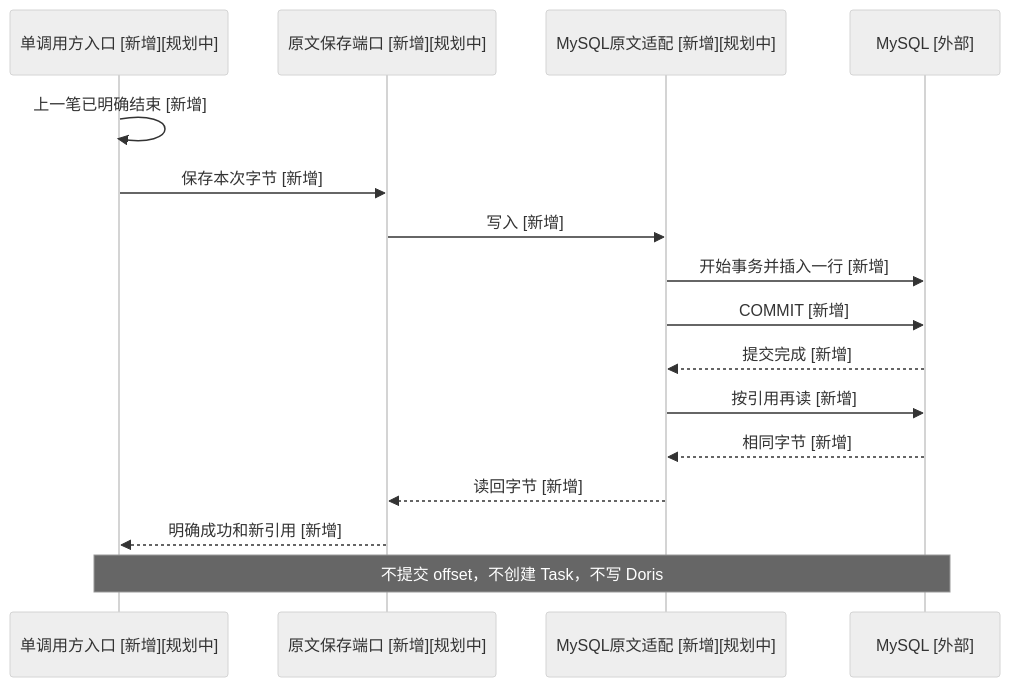
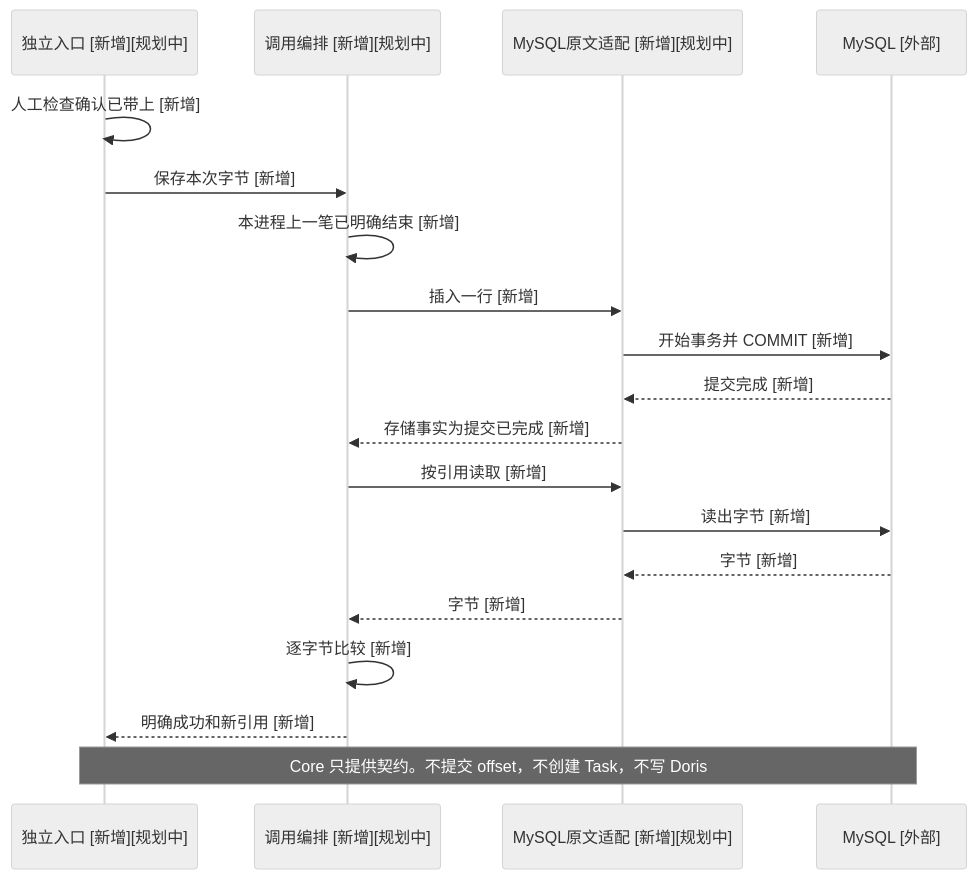
The third of 5 diagrams in docs/development/SC-1-正式原文保存最小实施授权草案.md (david606/mtx-data-platform), drawn with Mermaid (neutral theme) before and after one commit. The commit also changed other lines of this file, not shown here.

````diff
--- a/docs/development/SC-1-正式原文保存最小实施授权草案.md
+++ b/docs/development/SC-1-正式原文保存最小实施授权草案.md
@@ -208,18 +235,21 @@
 ```mermaid
 sequenceDiagram
-    participant Caller as 单调用方入口 [新增][规划中]
-    participant Port as 原文保存端口 [新增][规划中]
-    participant Adapt as MySQL原文适配 [新增][规划中]
+    participant Entry as 独立入口 [新增][规划中]
+    participant Orch as 调用编排 [新增][规划中]
+    participant Store as MySQL原文适配 [新增][规划中]
     participant DB as MySQL [外部]
-    Caller->>Caller: 上一笔已明确结束 [新增]
-    Caller->>Port: 保存本次字节 [新增]
-    Port->>Adapt: 写入 [新增]
-    Adapt->>DB: 开始事务并插入一行 [新增]
-    Adapt->>DB: COMMIT [新增]
-    DB-->>Adapt: 提交完成 [新增]
-    Adapt->>DB: 按引用再读 [新增]
-    DB-->>Adapt: 相同字节 [新增]
-    Adapt-->>Port: 读回字节 [新增]
-    Port-->>Caller: 明确成功和新引用 [新增]
-    Note over Caller,DB: 不提交 offset，不创建 Task，不写 Doris
+    Entry->>Entry: 人工检查确认已带上 [新增]
+    Entry->>Orch: 保存本次字节 [新增]
+    Orch->>Orch: 本进程上一笔已明确结束 [新增]
+    Orch->>Store: 插入一行 [新增]
+    Store->>DB: 开始事务并 COMMIT [新增]
+    DB-->>Store: 提交完成 [新增]
+    Store-->>Orch: 存储事实为提交已完成 [新增]
+    Orch->>Store: 按引用读取 [新增]
+    Store->>DB: 读出字节 [新增]
+    DB-->>Store: 字节 [新增]
+    Store-->>Orch: 字节 [新增]
+    Orch->>Orch: 逐字节比较 [新增]
+    Orch-->>Entry: 明确成功和新引用 [新增]
+    Note over Entry,DB: Core 只提供契约。不提交 offset，不创建 Task，不写 Doris
 ```
````
